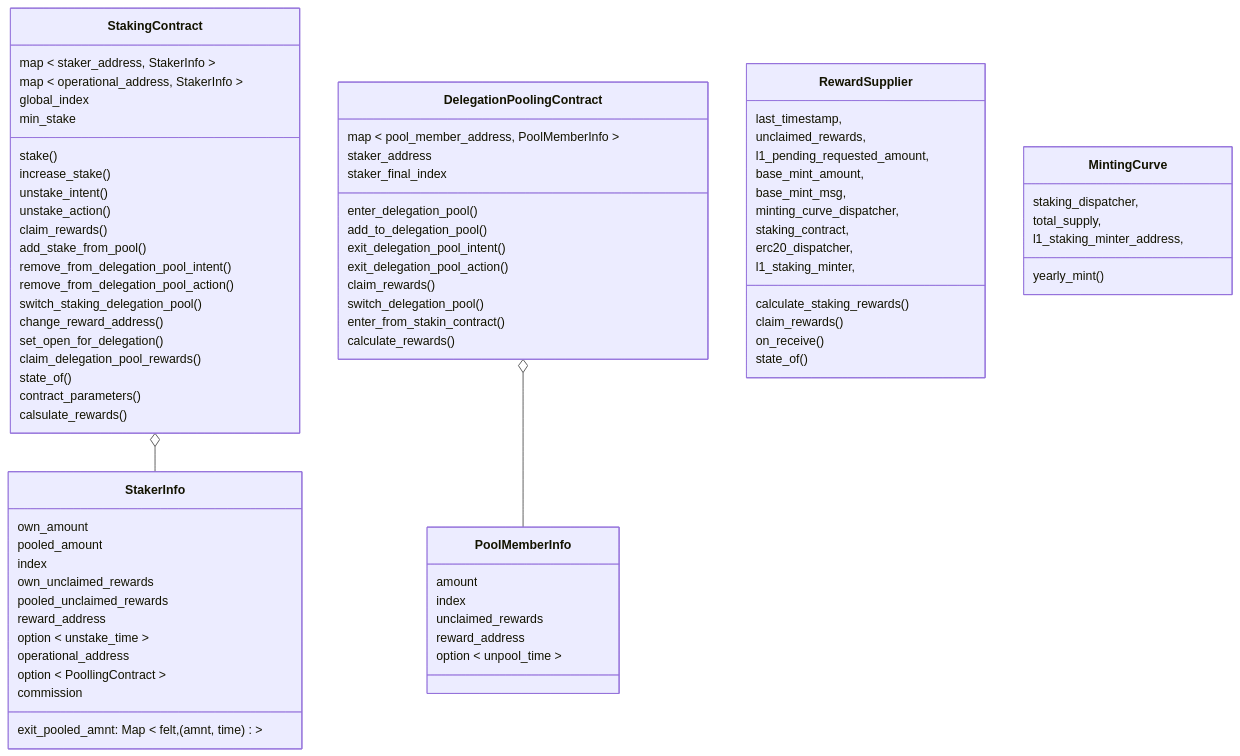
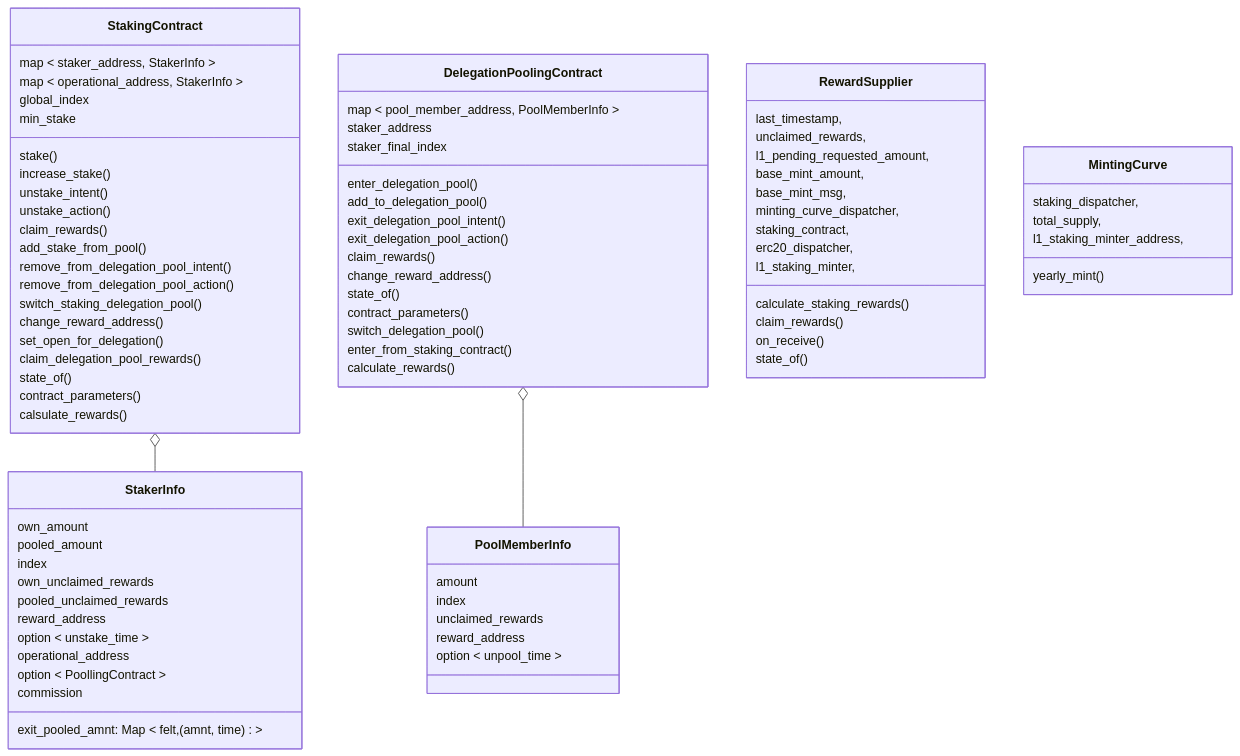
Before and after one commit to starkware-libs/starknet-staking: the first of 7 diagrams in workspace/apps/staking/docs/spec.md, drawn with Mermaid. The commit also changed other lines of this file, not shown here.

Commit message:
feat(staking): pool spec (#1687)

```diff
--- a/workspace/apps/staking/docs/spec.md
+++ b/workspace/apps/staking/docs/spec.md
@@ -147,8 +153,11 @@
     exit_delegation_pool_intent()
     exit_delegation_pool_action()
     claim_rewards()
+    change_reward_address()
+    state_of()
+    contract_parameters()
     switch_delegation_pool()
-    enter_from_stakin_contract()
+    enter_from_staking_contract()
     calculate_rewards()
   }
   class StakerInfo{
```
